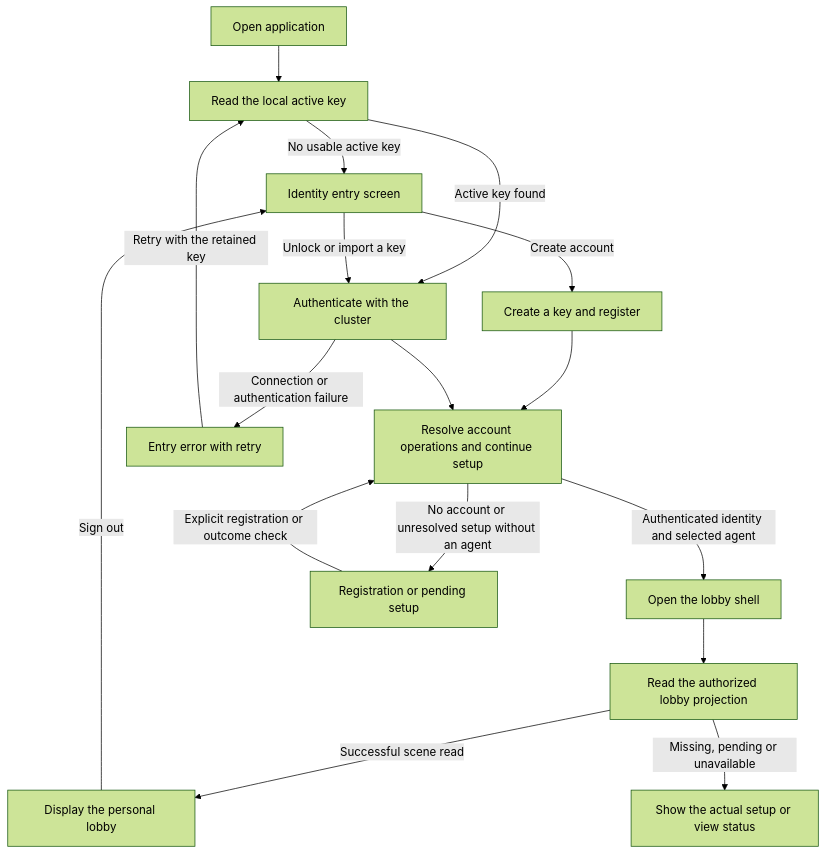
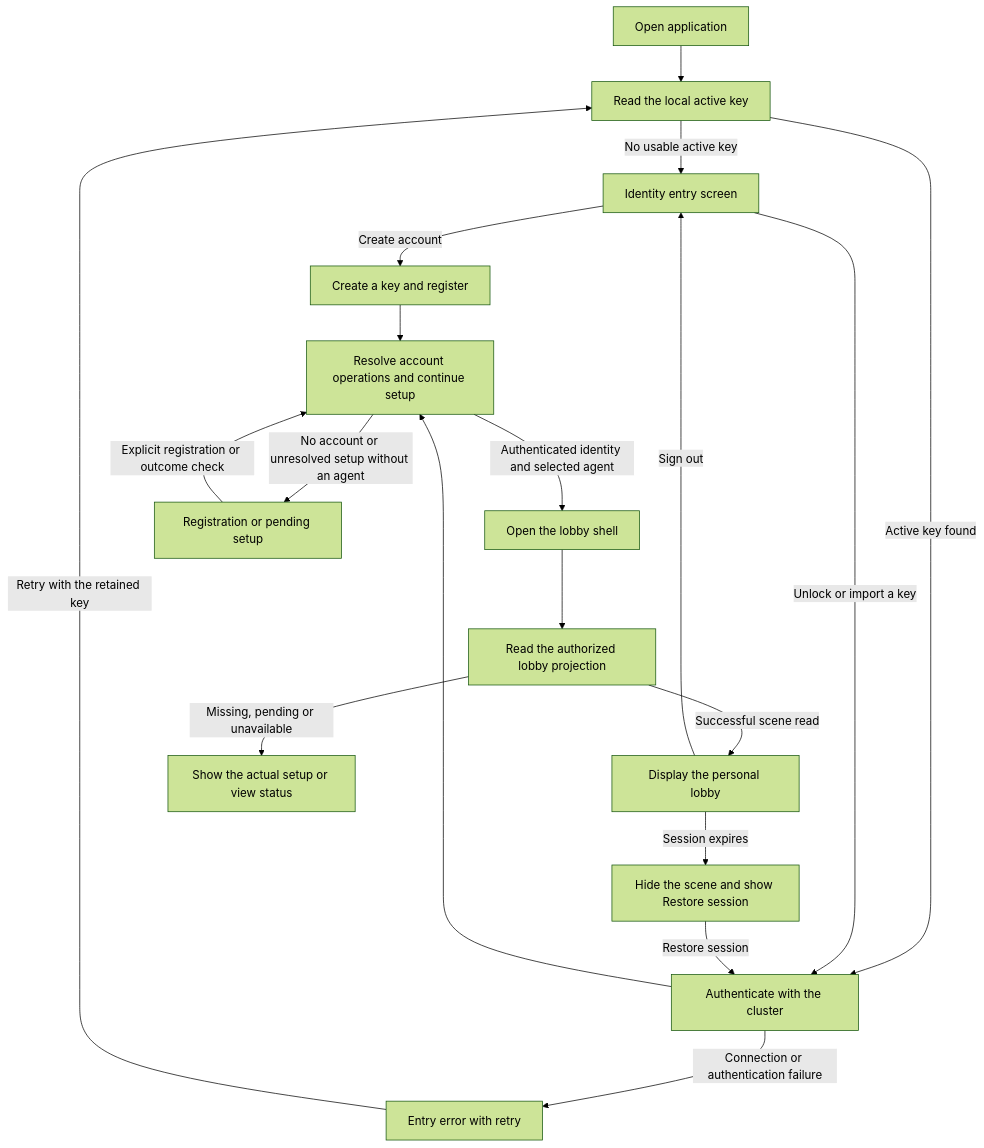
The diagram in doc/world.md (netboz/quod), drawn with Mermaid (forest theme) before and after one commit. The commit also changed other lines of this file and 140 other files, not shown here.

````diff
--- a/doc/world.md
+++ b/doc/world.md
@@ -39,19 +39,21 @@
 ```mermaid
 flowchart TD
     Open[Open application] --> Restore[Read the local active key]
     Restore -->|No usable active key| Entry[Identity entry screen]
     Restore -->|Active key found| Authenticate[Authenticate with the cluster]
     Entry -->|Create account| Create[Create a key and register]
     Entry -->|Unlock or import a key| Authenticate
     Create --> Recover[Resolve account operations and continue setup]
     Authenticate --> Recover
     Recover -->|Authenticated identity and selected agent| Lobby[Open the lobby shell]
     Recover -->|No account or unresolved setup without an agent| Setup[Registration or pending setup]
     Setup -->|Explicit registration or outcome check| Recover
     Authenticate -->|Connection or authentication failure| Error[Entry error with retry]
     Error -->|Retry with the retained key| Restore
     Lobby --> Projection[Read the authorized lobby projection]
     Projection -->|Successful scene read| Ready[Display the personal lobby]
     Projection -->|Missing, pending or unavailable| Status[Show the actual setup or view status]
     Ready -->|Sign out| Entry
+    Ready -->|Session expires| Expired[Hide the scene and show Restore session]
+    Expired -->|Restore session| Authenticate
 ```
````
